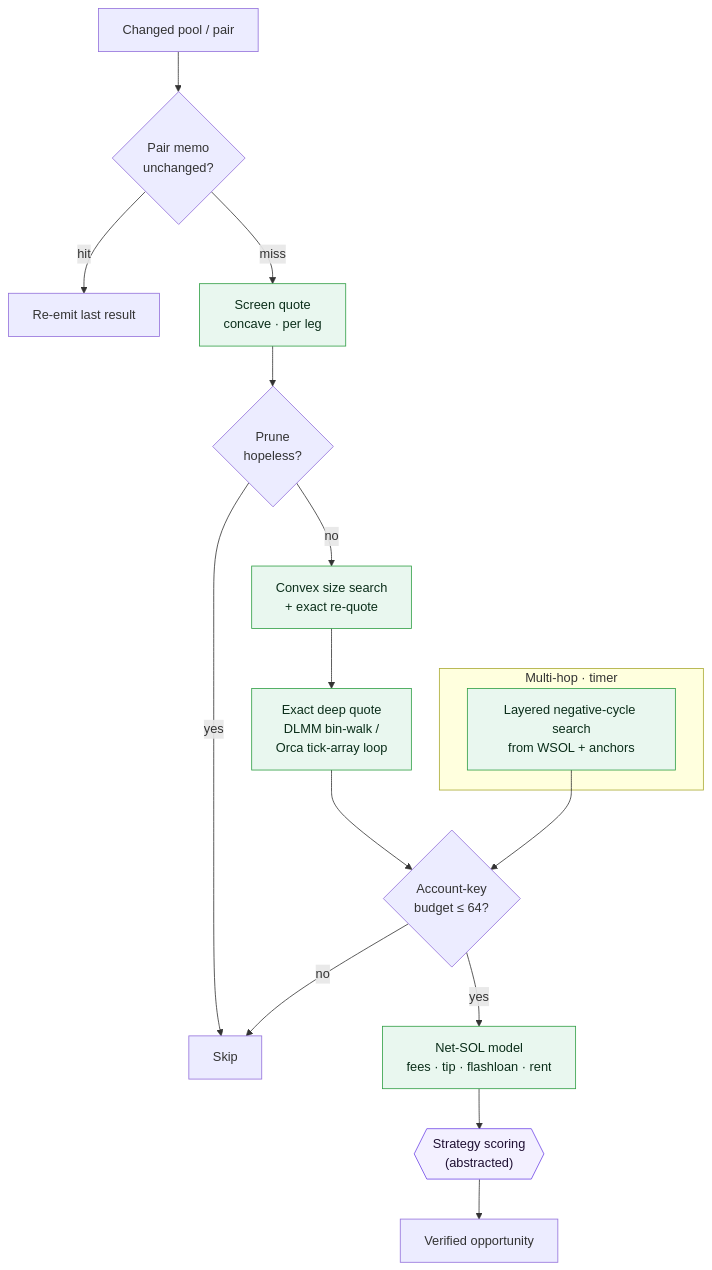
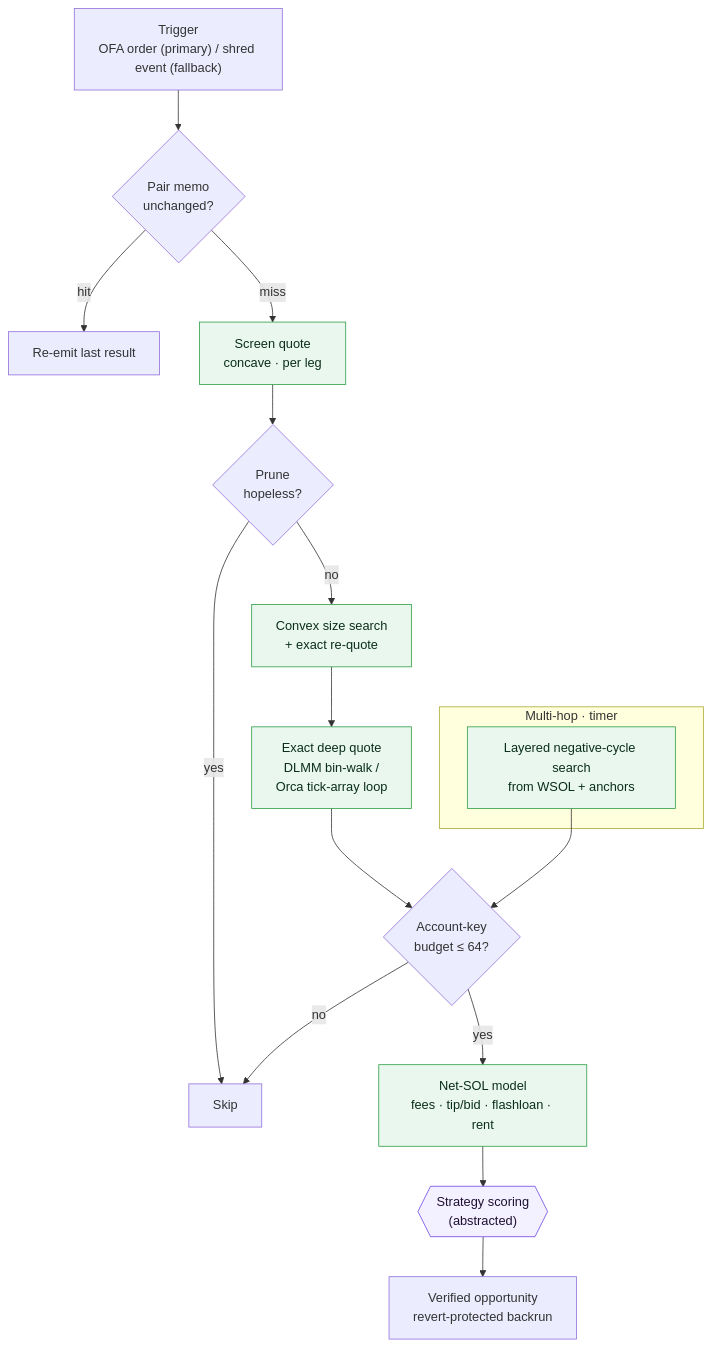
Before and after one commit to SanvidPathak/solana-mev-searcher: the third of 4 diagrams in docs/ARCHITECTURE.md, drawn with Mermaid. The commit also changed other lines of this file and 1 other file, not shown here.

Commit message:
docs: OFA-first routing — primary orderflow-auction route, shred-reactive fallback (HLD + LLD + README)

````diff
--- a/docs/ARCHITECTURE.md
+++ b/docs/ARCHITECTURE.md
@@ -145,25 +137,25 @@
 ```mermaid
 flowchart TB
-  IN["Changed pool / pair"] --> MEMO{Pair memo<br/>unchanged?}
+  IN["Trigger<br/>OFA order (primary) / shred event (fallback)"] --> MEMO{Pair memo<br/>unchanged?}
   MEMO -->|hit| RE["Re-emit last result"]
   MEMO -->|miss| SCR["Screen quote<br/>concave · per leg"]
   SCR --> PR{Prune<br/>hopeless?}
   PR -->|yes| DROP["Skip"]
   PR -->|no| SZ["Convex size search<br/>+ exact re-quote"]
   SZ --> EX["Exact deep quote<br/>DLMM bin-walk /<br/>Orca tick-array loop"]
   EX --> BUD{Account-key<br/>budget ≤ 64?}
   BUD -->|no| DROP
-  BUD -->|yes| NET["Net-SOL model<br/>fees · tip · flashloan · rent"]
+  BUD -->|yes| NET["Net-SOL model<br/>fees · tip/bid · flashloan · rent"]
   NET --> SC{{"Strategy scoring<br/>(abstracted)"}}
-  SC --> OPP["Verified opportunity"]
+  SC --> OPP["Verified opportunity<br/>revert-protected backrun"]
 
   subgraph T2["Multi-hop · timer"]
     BFS["Layered negative-cycle search<br/>from WSOL + anchors"]
   end
   BFS --> BUD
 
   classDef det fill:#e9f7ef,stroke:#2f9e44,color:#0b2e1a;
   classDef abs fill:#f3f0ff,stroke:#7048e8,color:#1f1033;
   class SCR,SZ,EX,NET,BFS det;
   class SC abs;
 ```
````
